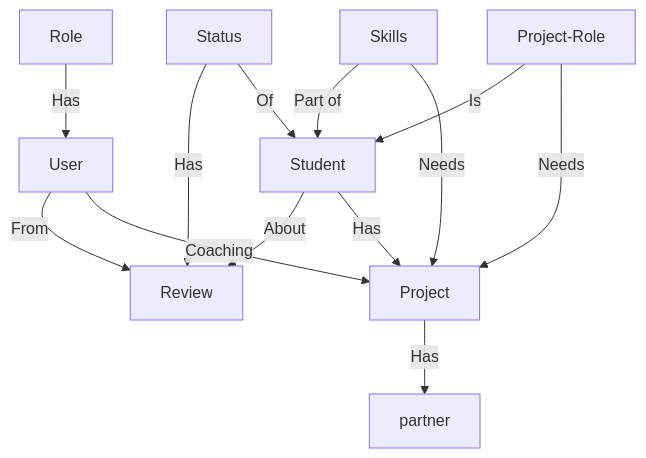
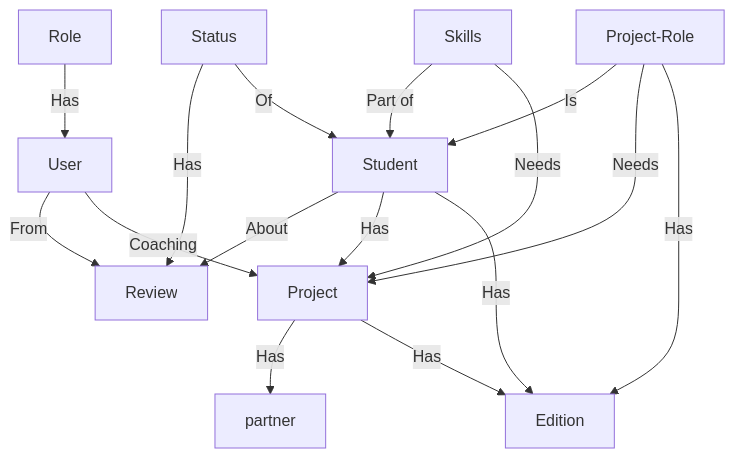
Before and after one commit to SELab-2/OSOC-3: the diagram in files/domain_model.md, drawn with Mermaid. The commit also changed 2 other files, not shown here.

Commit message:
added use case + added edition to the domain model

````diff
--- a/files/domain_model.md
+++ b/files/domain_model.md
@@ -3,15 +3,18 @@
 ```mermaid
 graph TD;
     A[Role]--Has-->B[User];
     B--From-->C[Review];
     D[Status]--Has-->C;
     D--Of-->E[Student];
     E--About-->C;
     G--Part of-->E;
     G[Skills]--Needs-->F;
     B--Coaching-->F[Project];
     E--Has-->F;
     H--Is-->E
     H[Project-Role]--Needs-->F;
     F--Has-->I[partner]
+    F--Has-->J[Edition]
+    H--Has-->J
+    E--Has-->J
 ```
````
